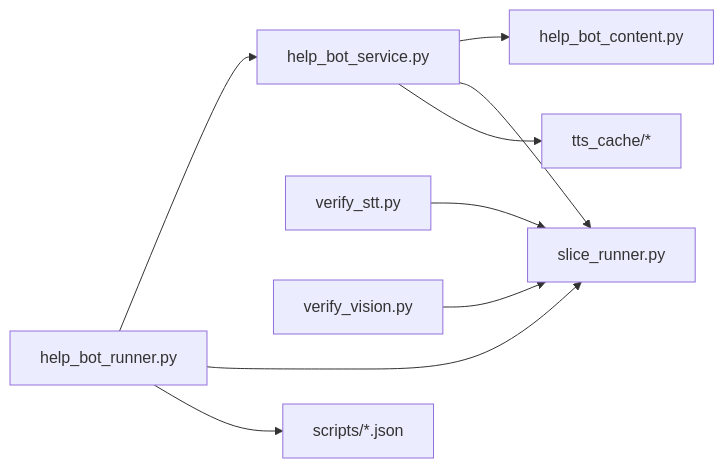
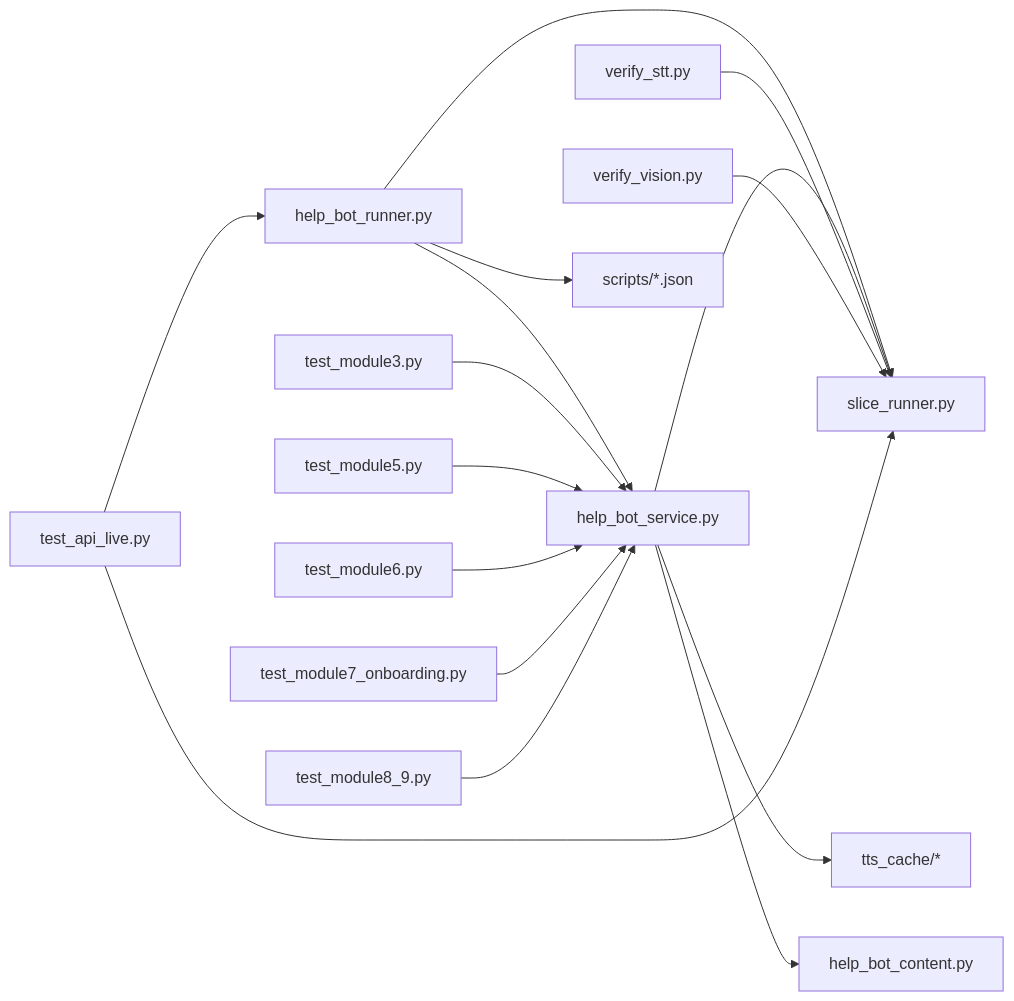
One commit to M-Rumman/LifeLine-Ride changed the seventh of 7 diagrams in .qoder/repowiki/en/content/Testing & Simulation Framework.md. Above: the diagram before and after it, drawn with Mermaid. The commit also changed other lines of this file and 727 other files, not shown here.

````diff
--- a/.qoder/repowiki/en/content/Testing & Simulation Framework.md
+++ b/.qoder/repowiki/en/content/Testing & Simulation Framework.md
@@ -299,11 +476,18 @@
 ```mermaid
 graph LR
 Runner["help_bot_runner.py"] --> Service["help_bot_service.py"]
 Runner --> Slice["slice_runner.py"]
 Service --> Content["help_bot_content.py"]
 Service --> Slice
 VerifySTT["verify_stt.py"] --> Slice
 VerifyVision["verify_vision.py"] --> Slice
 Runner --> Scripts["scripts/*.json"]
 Service --> Cache["tts_cache/*"]
+TestAPI["test_api_live.py"] --> Runner
+TestAPI --> Slice
+TestModule3["test_module3.py"] --> Service
+TestModule5["test_module5.py"] --> Service
+TestModule6["test_module6.py"] --> Service
+TestModule7["test_module7_onboarding.py"] --> Service
+TestModule89["test_module8_9.py"] --> Service
 ```
````
